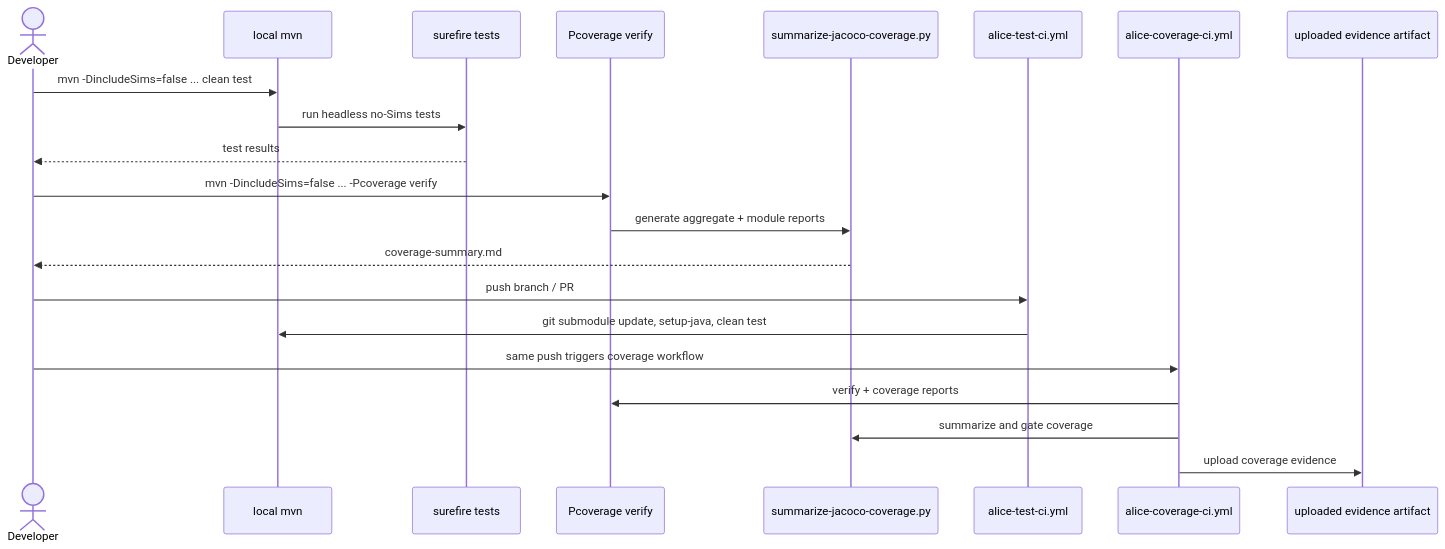
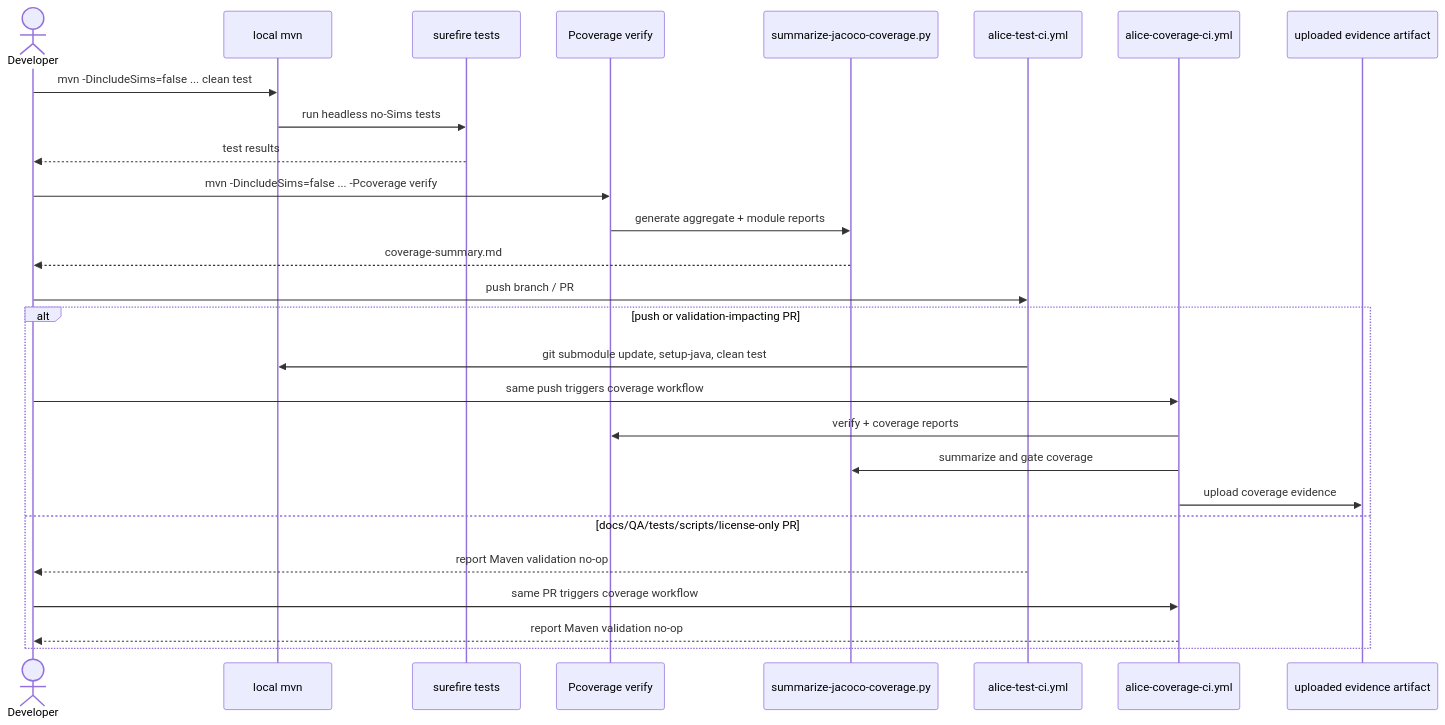
Before and after one commit to asw101/RabbitHole: the diagram in docs/atlas/user-journeys/journey-5-dev-test-coverage-ci.mmd, drawn with Mermaid. The commit also changed 11 other files, not shown here.

First line of the commit message:
fix: correct atlas documentation for data-flow, compile-deps, api-contracts, and user-journeys

```diff
--- a/docs/atlas/user-journeys/journey-5-dev-test-coverage-ci.mmd
+++ b/docs/atlas/user-journeys/journey-5-dev-test-coverage-ci.mmd
@@ -1,22 +1,28 @@
 sequenceDiagram
   actor Developer
   participant Maven as local mvn
   participant Surefire as surefire tests
   participant JaCoCo as Pcoverage verify
   participant Summary as summarize-jacoco-coverage.py
   participant TestCI as alice-test-ci.yml
   participant CoverageCI as alice-coverage-ci.yml
   participant Artifacts as uploaded evidence artifact
 
   Developer->>Maven: mvn -DincludeSims=false ... clean test
   Maven->>Surefire: run headless no-Sims tests
   Surefire-->>Developer: test results
   Developer->>JaCoCo: mvn -DincludeSims=false ... -Pcoverage verify
   JaCoCo->>Summary: generate aggregate + module reports
   Summary-->>Developer: coverage-summary.md
   Developer->>TestCI: push branch / PR
-  TestCI->>Maven: git submodule update, setup-java, clean test
-  Developer->>CoverageCI: same push triggers coverage workflow
-  CoverageCI->>JaCoCo: verify + coverage reports
-  CoverageCI->>Summary: summarize and gate coverage
-  CoverageCI->>Artifacts: upload coverage evidence
+  alt push or validation-impacting PR
+    TestCI->>Maven: git submodule update, setup-java, clean test
+    Developer->>CoverageCI: same push triggers coverage workflow
+    CoverageCI->>JaCoCo: verify + coverage reports
+    CoverageCI->>Summary: summarize and gate coverage
+    CoverageCI->>Artifacts: upload coverage evidence
+  else docs/QA/tests/scripts/license-only PR
+    TestCI-->>Developer: report Maven validation no-op
+    Developer->>CoverageCI: same PR triggers coverage workflow
+    CoverageCI-->>Developer: report Maven validation no-op
+  end
```
